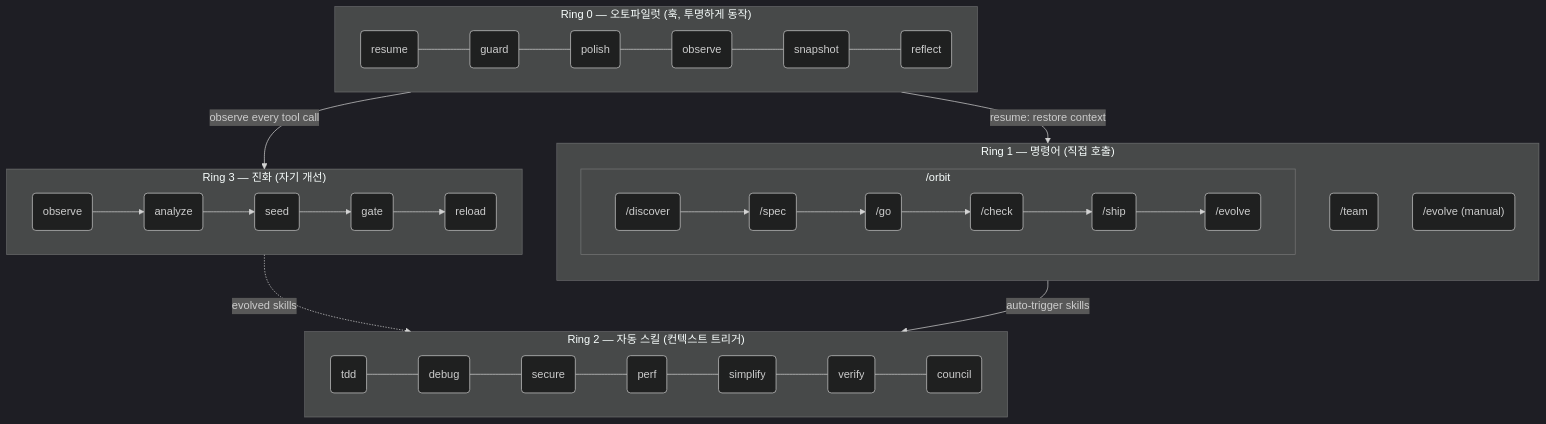
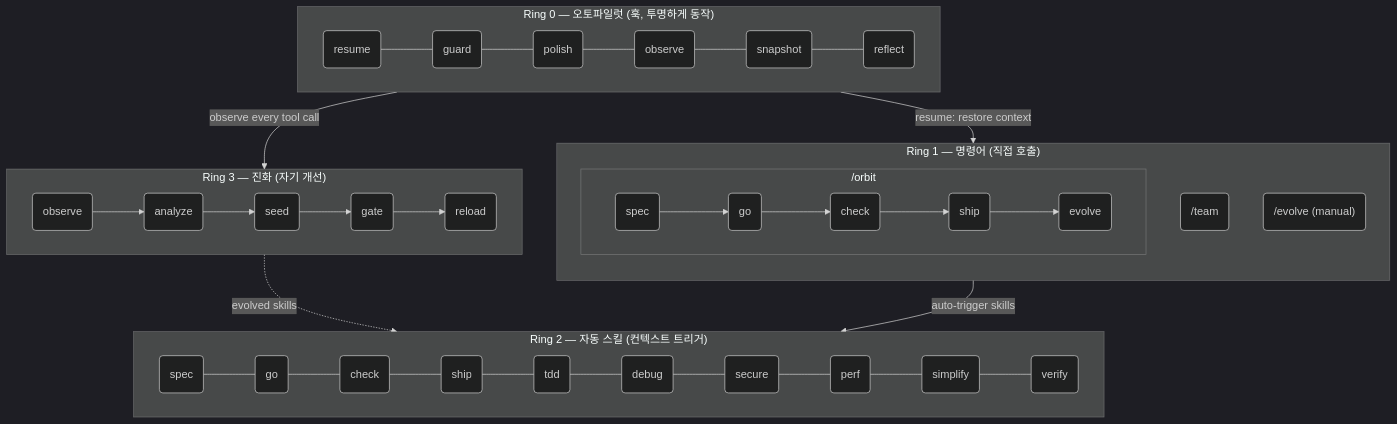
One commit to epicsagas/epic-harness changed the second of 2 diagrams in i18n/ko/README.md. Above: the diagram before and after it, drawn with Mermaid (dark theme). The commit also changed other lines of this file and 9 other files, not shown here.

````diff
--- a/i18n/ko/README.md
+++ b/i18n/ko/README.md
@@ -413,32 +416,32 @@
 ```mermaid
 flowchart TB
     subgraph R0["Ring 0 — 오토파일럿 (훅, 투명하게 동작)"]
         direction LR
         h1(resume) --- h2(guard) --- h3(polish) --- h4(observe) --- h5(snapshot) --- h6(reflect)
     end
 
     subgraph R1["Ring 1 — 명령어 (직접 호출)"]
         direction TB
         subgraph orbit_wrap["  /orbit  "]
             direction LR
-            c1("/discover") --> c2("/spec") --> c3("/go") --> c4("/check") --> c5("/ship") --> c6("/evolve")
+            c1("spec") --> c2("go") --> c3("check") --> c4("ship") --> c5("evolve")
         end
-        c7("/team")
-        c8("/evolve (manual)")
+        c6("/team")
+        c7("/evolve (manual)")
     end
 
     subgraph R2["Ring 2 — 자동 스킬 (컨텍스트 트리거)"]
         direction LR
-        s1(tdd) --- s2(debug) --- s3(secure) --- s4(perf) --- s5(simplify) --- s6(verify) --- s7(council)
+        s1(spec) --- s2(go) --- s3(check) --- s4(ship) --- s5(tdd) --- s6(debug) --- s7(secure) --- s8(perf) --- s9(simplify) --- s10(verify)
     end
 
     subgraph R3["Ring 3 — 진화 (자기 개선)"]
         direction LR
         e1(observe) --> e2(analyze) --> e3(seed) --> e4(gate) --> e5(reload)
     end
 
     R0 -->|"observe every tool call"| R3
     R3 -.->|"evolved skills"| R2
     R1 -->|"auto-trigger skills"| R2
     R0 -->|"resume: restore context"| R1
 ```
````
